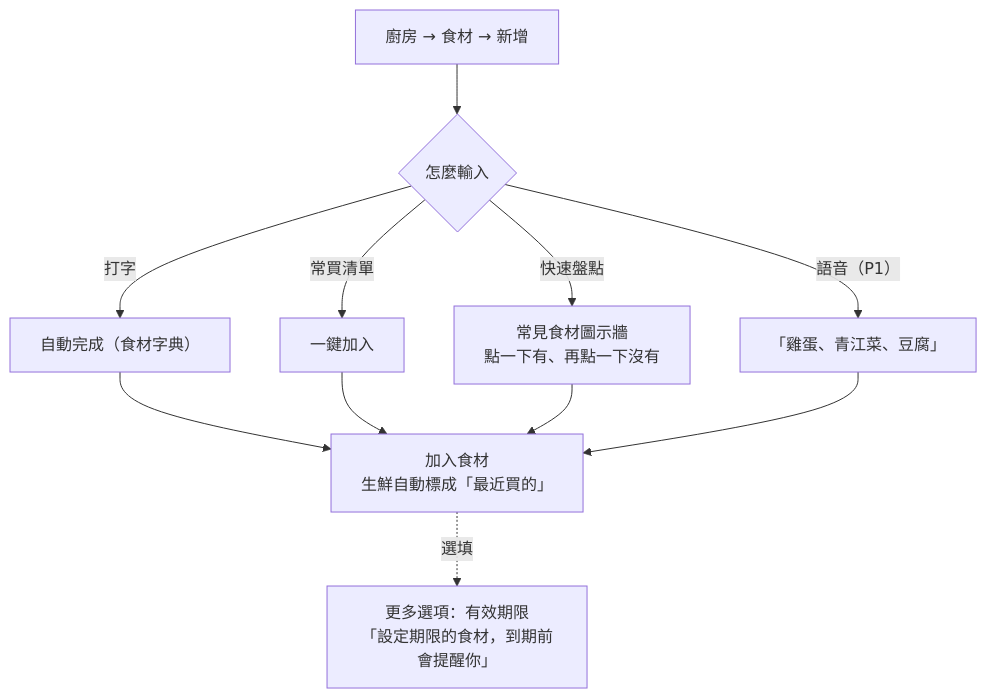
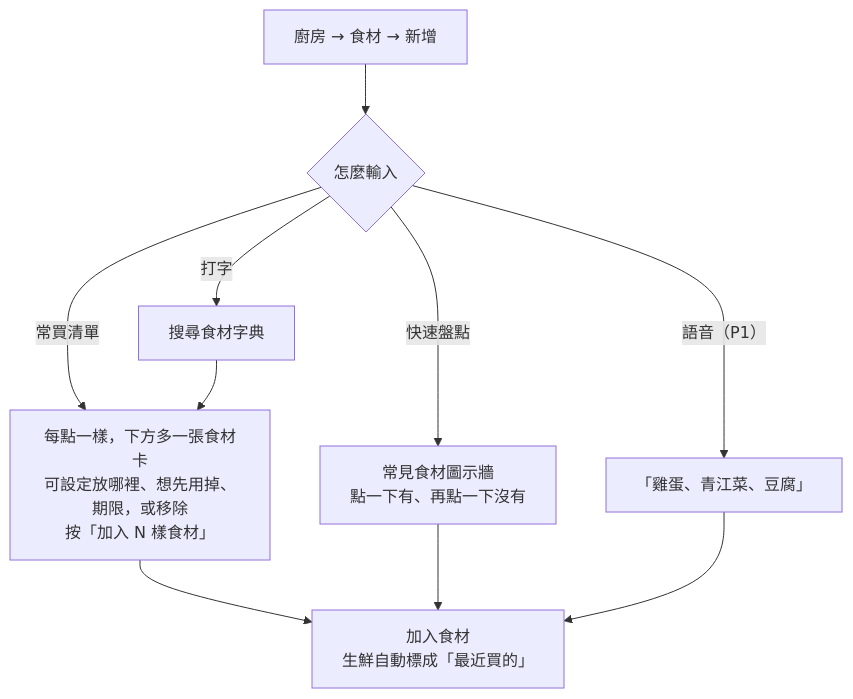
One commit to LeeBoYin/cooking-recipe-app changed the fourth of 8 diagrams in docs/09-user-flows.md. Above: the diagram before and after it, drawn with Mermaid. The commit also changed other lines of this file and 14 other files, not shown here.

````diff
--- a/docs/09-user-flows.md
+++ b/docs/09-user-flows.md
@@ -124,13 +125,12 @@
 ```mermaid
 flowchart TD
   A[廚房 → 食材 → 新增] --> B{怎麼輸入}
-  B -- 打字 --> C[自動完成（食材字典）]
-  B -- 常買清單 --> D[一鍵加入]
+  B -- 打字 --> C[搜尋食材字典]
+  B -- 常買清單 --> D[每點一樣，下方多一張食材卡<br/>可設定放哪裡、想先用掉、期限，或移除<br/>按「加入 N 樣食材」]
   B -- 快速盤點 --> E[常見食材圖示牆<br/>點一下有、再點一下沒有]
   B -- 語音（P1） --> F[「雞蛋、青江菜、豆腐」]
-  C --> H[加入食材<br/>生鮮自動標成「最近買的」]
-  D --> H
+  C --> D
+  D --> H[加入食材<br/>生鮮自動標成「最近買的」]
   E --> H
   F --> H
-  H -.選填.-> I[更多選項：有效期限<br/>「設定期限的食材，到期前會提醒你」]
 ```
````
